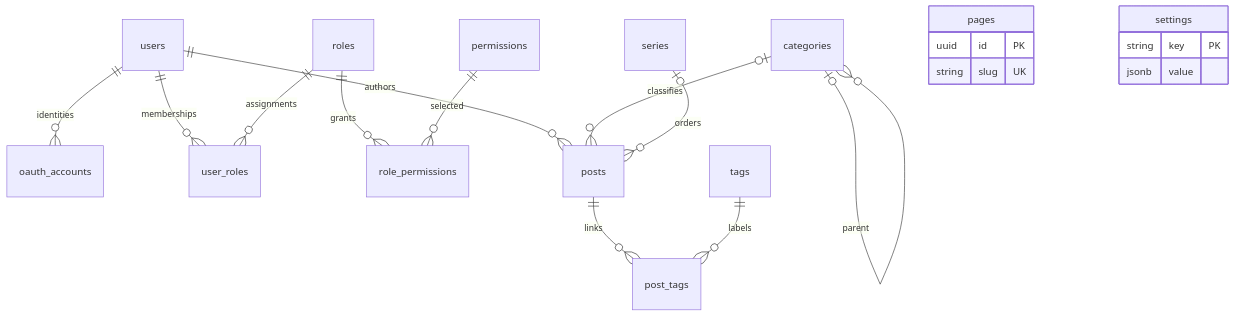
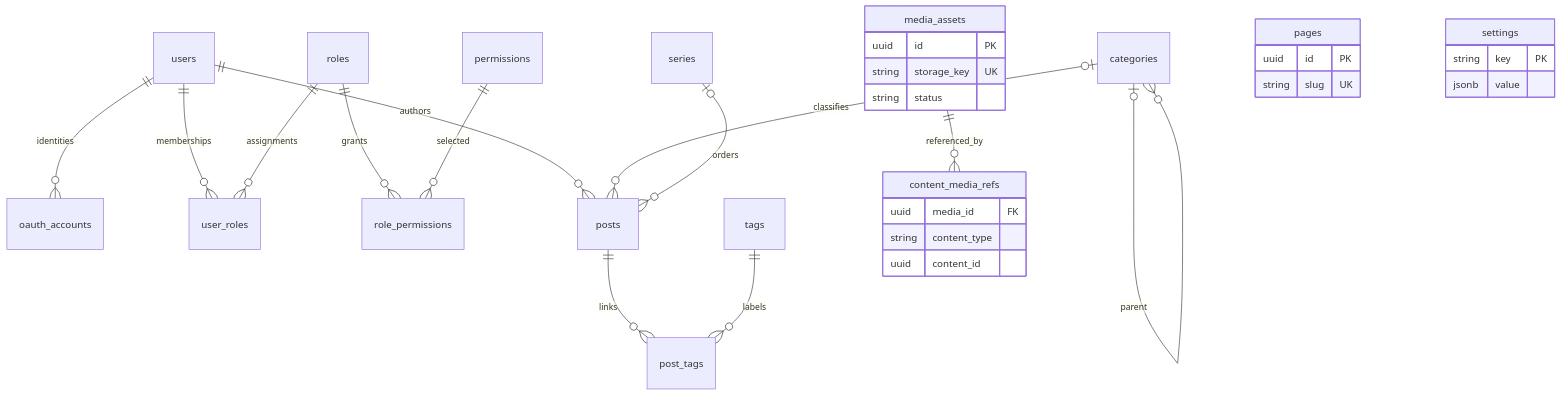
Before and after one commit to JuneRat/blog: the diagram in docs/database-design.md, drawn with Mermaid. The commit also changed other lines of this file and 57 other files, not shown here.

````diff
--- a/docs/database-design.md
+++ b/docs/database-design.md
@@ -25,22 +27,33 @@
 ```mermaid
 erDiagram
     users ||--o{ oauth_accounts : identities
     users ||--o{ user_roles : memberships
     roles ||--o{ user_roles : assignments
     roles ||--o{ role_permissions : grants
     permissions ||--o{ role_permissions : selected
     users ||--o{ posts : authors
     categories |o--o{ categories : parent
     categories |o--o{ posts : classifies
     series |o--o{ posts : orders
     posts ||--o{ post_tags : links
     tags ||--o{ post_tags : labels
+    media_assets ||--o{ content_media_refs : referenced_by
     pages {
         uuid id PK
         string slug UK
+    }
+    media_assets {
+        uuid id PK
+        string storage_key UK
+        string status
+    }
+    content_media_refs {
+        uuid media_id FK
+        string content_type
+        uuid content_id
     }
     settings {
         string key PK
         jsonb value
     }
 ```
````
